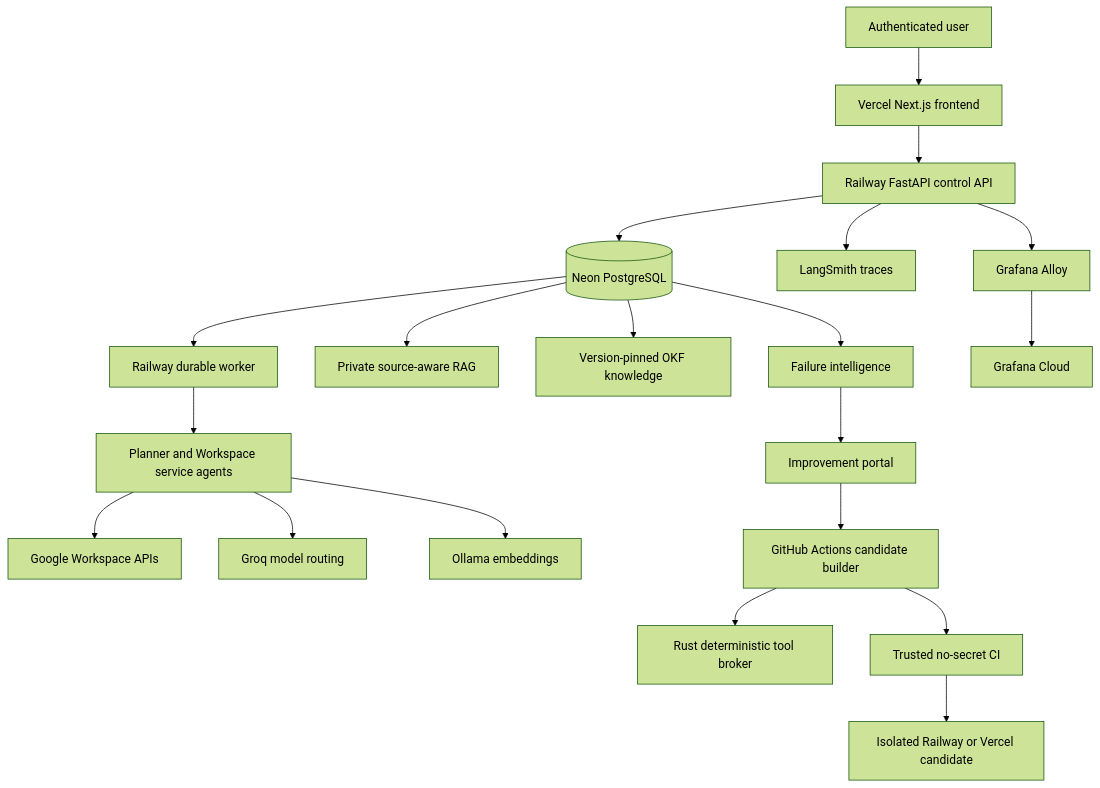
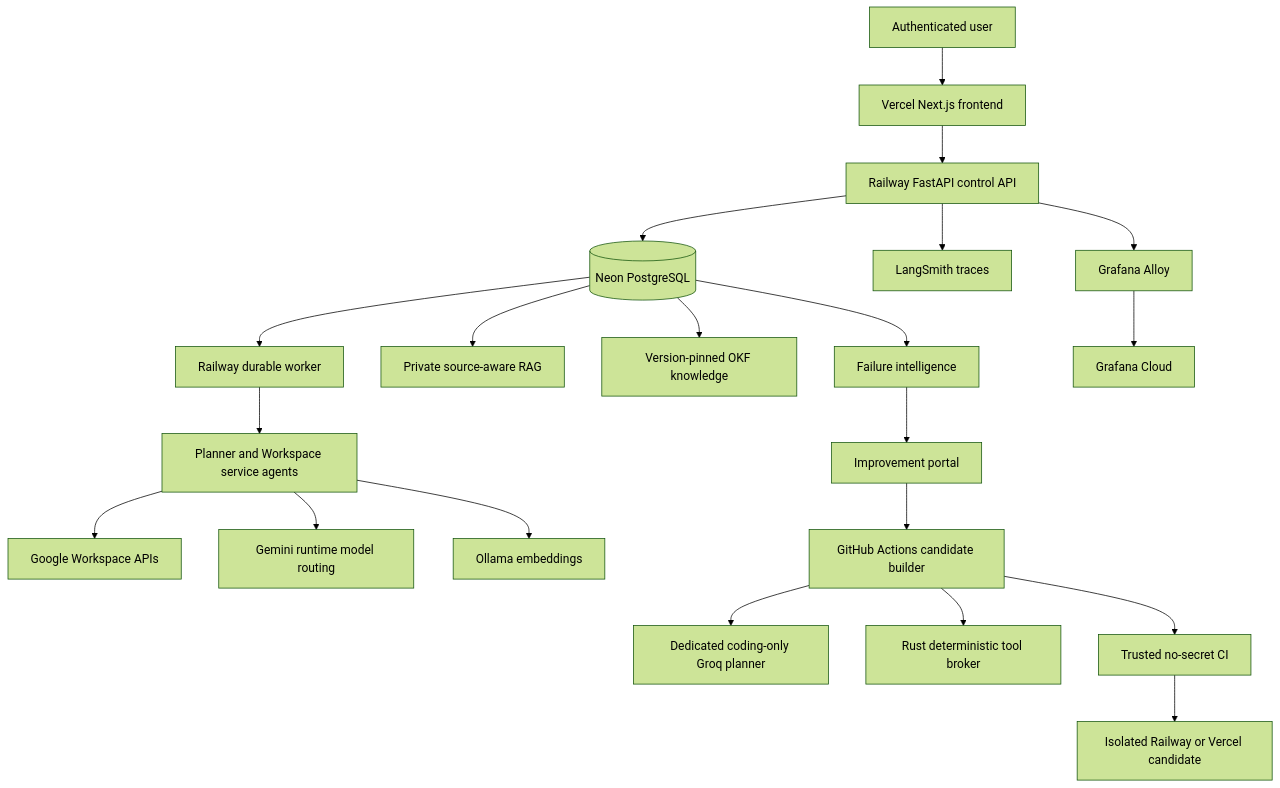
The fourth of 5 diagrams in docs/TEACHING_AGENTIC_SYSTEM_DESIGN.md (agentic-ai-training/google-connector-app), drawn with Mermaid (forest theme) before and after one commit. The commit also changed other lines of this file and 25 other files, not shown here.

Commit message:
feat: isolate Groq to coding runtime

````diff
--- a/docs/TEACHING_AGENTIC_SYSTEM_DESIGN.md
+++ b/docs/TEACHING_AGENTIC_SYSTEM_DESIGN.md
@@ -456,22 +456,23 @@
 ```mermaid
 flowchart TD
     U[Authenticated user] --> V[Vercel Next.js frontend]
     V --> API[Railway FastAPI control API]
     API --> N[(Neon PostgreSQL)]
     N --> W[Railway durable worker]
     W --> AG[Planner and Workspace service agents]
     AG --> G[Google Workspace APIs]
-    AG --> GR[Groq model routing]
+    AG --> GM[Gemini runtime model routing]
     AG --> OL[Ollama embeddings]
     N --> RAG[Private source-aware RAG]
     N --> OKF[Version-pinned OKF knowledge]
     API --> LS[LangSmith traces]
     API --> AL[Grafana Alloy]
     AL --> GC[Grafana Cloud]
     N --> FI[Failure intelligence]
     FI --> IP[Improvement portal]
     IP --> CB[GitHub Actions candidate builder]
+    CB --> CG[Dedicated coding-only Groq planner]
     CB --> RB[Rust deterministic tool broker]
     CB --> CI[Trusted no-secret CI]
     CI --> CAN[Isolated Railway or Vercel candidate]
 ```
````
